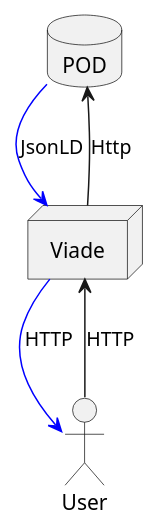
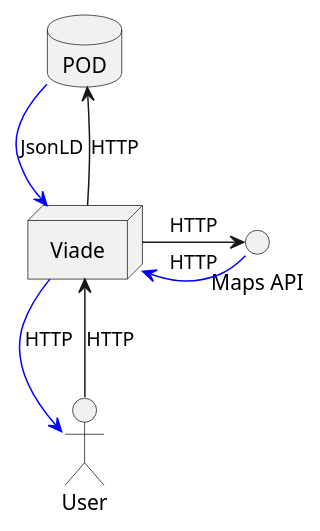
Before and after one commit to Arquisoft/viade_en1b: the diagram in src/docs/diagrams/03-02_TechnicalContext.puml, drawn with PlantUML. The commit also changed 1 other file, not shown here.

Commit message:
Added info to technical context about used apis and added maps api.

```diff
--- a/src/docs/diagrams/03-02_TechnicalContext.puml
+++ b/src/docs/diagrams/03-02_TechnicalContext.puml
@@ -1,15 +1,17 @@
 @startuml
 
-node "Viade" {
+node "Viade"
+database "POD"
+interface "Maps API" as maps
+actor User
 
-}
+Viade <-[#blue]up- POD:JsonLD
+Viade -up-> POD:HTTP
 
-database "POD" {
-    
-}
-actor User
-Viade <-[#blue]up- POD:JsonLD
-Viade -up-> POD:Http
 User -> Viade:HTTP
 User <-[#blue]up- Viade:HTTP
+
+Viade-right-> maps:HTTP
+Viade <-[#blue]right- maps:HTTP
+
 @enduml
```
